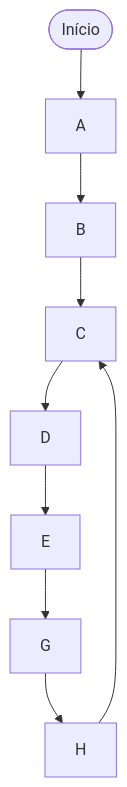
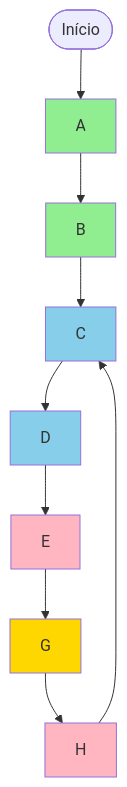
Before and after one commit to ediasv/arq-comp: the diagram in PROGRAM_CALC/README.md, drawn with Mermaid. The commit also changed other lines of this file, not shown here.

````diff
--- a/PROGRAM_CALC/README.md
+++ b/PROGRAM_CALC/README.md
@@ -214,11 +249,20 @@
 ```mermaid
 graph TD
     Start([Início]) --> A
     A[A] --> B[B]
     B --> C[C]
     C --> D[D]
     D --> E[E]
     E --> G[G]
     G --> H[H]
     H --> C
+
+    style A fill:#90EE90
+    style B fill:#90EE90
+    style C fill:#87CEEB
+    style D fill:#87CEEB
+    style E fill:#FFB6C1
+    style G fill:#FFD700
+    style H fill:#FFB6C1
+
 ```
````
